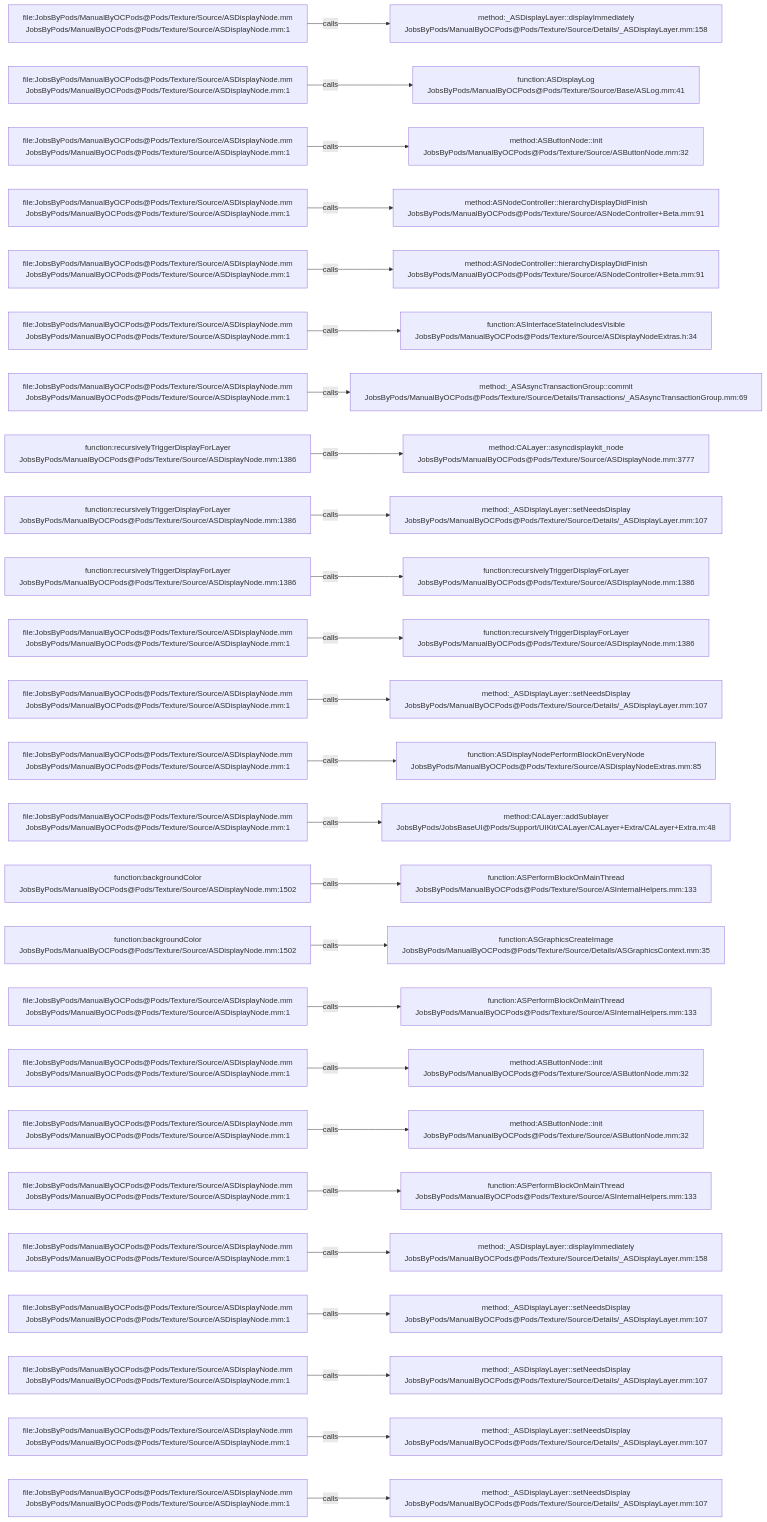
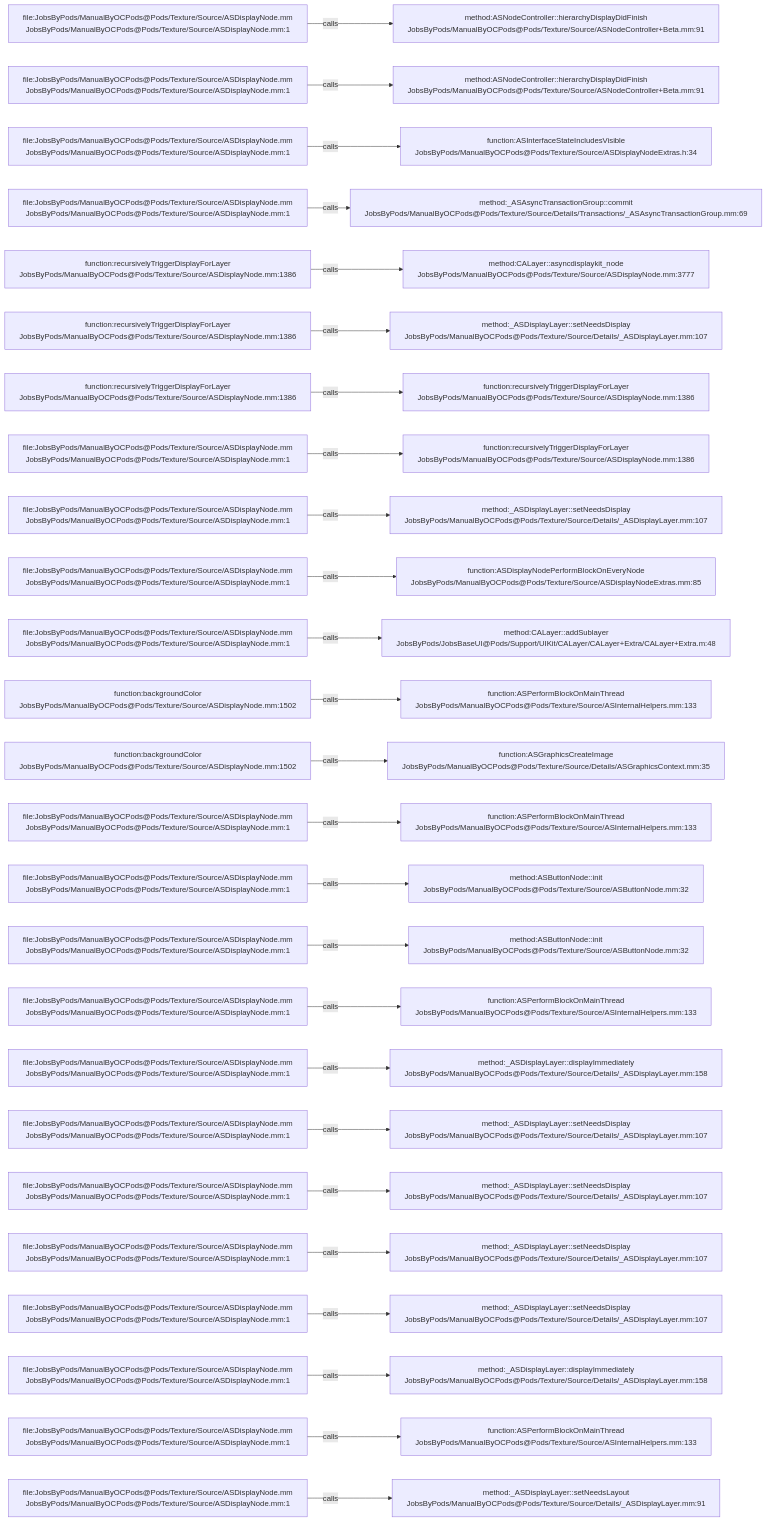
One commit to JobsKits/JobsOCBaseConfigDemo changed the diagram in .codegraph/codegraph.md/graphs/calls-101.md. Above: the diagram before and after it, drawn with Mermaid. The commit also changed 342 other files, not shown here.

````diff
--- a/.codegraph/codegraph.md/graphs/calls-101.md
+++ b/.codegraph/codegraph.md/graphs/calls-101.md
@@ -13,78 +13,78 @@
 ```mermaid
 flowchart LR
   S1["file:JobsByPods/ManualByOCPods@Pods/Texture/Source/ASDisplayNode.mm<br/>JobsByPods/ManualByOCPods@Pods/Texture/Source/ASDisplayNode.mm:1"]
-  T1["method:_ASDisplayLayer::displayImmediately<br/>JobsByPods/ManualByOCPods@Pods/Texture/Source/Details/_ASDisplayLayer.mm:158"]
+  T1["method:ASNodeController::hierarchyDisplayDidFinish<br/>JobsByPods/ManualByOCPods@Pods/Texture/Source/ASNodeController+Beta.mm:91"]
   S1 -->|calls| T1
   S2["file:JobsByPods/ManualByOCPods@Pods/Texture/Source/ASDisplayNode.mm<br/>JobsByPods/ManualByOCPods@Pods/Texture/Source/ASDisplayNode.mm:1"]
-  T2["function:ASDisplayLog<br/>JobsByPods/ManualByOCPods@Pods/Texture/Source/Base/ASLog.mm:41"]
+  T2["method:ASNodeController::hierarchyDisplayDidFinish<br/>JobsByPods/ManualByOCPods@Pods/Texture/Source/ASNodeController+Beta.mm:91"]
   S2 -->|calls| T2
   S3["file:JobsByPods/ManualByOCPods@Pods/Texture/Source/ASDisplayNode.mm<br/>JobsByPods/ManualByOCPods@Pods/Texture/Source/ASDisplayNode.mm:1"]
-  T3["method:ASButtonNode::init<br/>JobsByPods/ManualByOCPods@Pods/Texture/Source/ASButtonNode.mm:32"]
+  T3["function:ASInterfaceStateIncludesVisible<br/>JobsByPods/ManualByOCPods@Pods/Texture/Source/ASDisplayNodeExtras.h:34"]
   S3 -->|calls| T3
   S4["file:JobsByPods/ManualByOCPods@Pods/Texture/Source/ASDisplayNode.mm<br/>JobsByPods/ManualByOCPods@Pods/Texture/Source/ASDisplayNode.mm:1"]
-  T4["method:ASNodeController::hierarchyDisplayDidFinish<br/>JobsByPods/ManualByOCPods@Pods/Texture/Source/ASNodeController+Beta.mm:91"]
+  T4["method:_ASAsyncTransactionGroup::commit<br/>JobsByPods/ManualByOCPods@Pods/Texture/Source/Details/Transactions/_ASAsyncTransactionGroup.mm:69"]
   S4 -->|calls| T4
-  S5["file:JobsByPods/ManualByOCPods@Pods/Texture/Source/ASDisplayNode.mm<br/>JobsByPods/ManualByOCPods@Pods/Texture/Source/ASDisplayNode.mm:1"]
-  T5["method:ASNodeController::hierarchyDisplayDidFinish<br/>JobsByPods/ManualByOCPods@Pods/Texture/Source/ASNodeController+Beta.mm:91"]
+  S5["function:recursivelyTriggerDisplayForLayer<br/>JobsByPods/ManualByOCPods@Pods/Texture/Source/ASDisplayNode.mm:1386"]
+  T5["method:CALayer::asyncdisplaykit_node<br/>JobsByPods/ManualByOCPods@Pods/Texture/Source/ASDisplayNode.mm:3777"]
   S5 -->|calls| T5
-  S6["file:JobsByPods/ManualByOCPods@Pods/Texture/Source/ASDisplayNode.mm<br/>JobsByPods/ManualByOCPods@Pods/Texture/Source/ASDisplayNode.mm:1"]
-  T6["function:ASInterfaceStateIncludesVisible<br/>JobsByPods/ManualByOCPods@Pods/Texture/Source/ASDisplayNodeExtras.h:34"]
+  S6["function:recursivelyTriggerDisplayForLayer<br/>JobsByPods/ManualByOCPods@Pods/Texture/Source/ASDisplayNode.mm:1386"]
+  T6["method:_ASDisplayLayer::setNeedsDisplay<br/>JobsByPods/ManualByOCPods@Pods/Texture/Source/Details/_ASDisplayLayer.mm:107"]
   S6 -->|calls| T6
-  S7["file:JobsByPods/ManualByOCPods@Pods/Texture/Source/ASDisplayNode.mm<br/>JobsByPods/ManualByOCPods@Pods/Texture/Source/ASDisplayNode.mm:1"]
-  T7["method:_ASAsyncTransactionGroup::commit<br/>JobsByPods/ManualByOCPods@Pods/Texture/Source/Details/Transactions/_ASAsyncTransactionGroup.mm:69"]
+  S7["function:recursivelyTriggerDisplayForLayer<br/>JobsByPods/ManualByOCPods@Pods/Texture/Source/ASDisplayNode.mm:1386"]
+  T7["function:recursivelyTriggerDisplayForLayer<br/>JobsByPods/ManualByOCPods@Pods/Texture/Source/ASDisplayNode.mm:1386"]
   S7 -->|calls| T7
-  S8["function:recursivelyTriggerDisplayForLayer<br/>JobsByPods/ManualByOCPods@Pods/Texture/Source/ASDisplayNode.mm:1386"]
-  T8["method:CALayer::asyncdisplaykit_node<br/>JobsByPods/ManualByOCPods@Pods/Texture/Source/ASDisplayNode.mm:3777"]
+  S8["file:JobsByPods/ManualByOCPods@Pods/Texture/Source/ASDisplayNode.mm<br/>JobsByPods/ManualByOCPods@Pods/Texture/Source/ASDisplayNode.mm:1"]
+  T8["function:recursivelyTriggerDisplayForLayer<br/>JobsByPods/ManualByOCPods@Pods/Texture/Source/ASDisplayNode.mm:1386"]
   S8 -->|calls| T8
-  S9["function:recursivelyTriggerDisplayForLayer<br/>JobsByPods/ManualByOCPods@Pods/Texture/Source/ASDisplayNode.mm:1386"]
+  S9["file:JobsByPods/ManualByOCPods@Pods/Texture/Source/ASDisplayNode.mm<br/>JobsByPods/ManualByOCPods@Pods/Texture/Source/ASDisplayNode.mm:1"]
   T9["method:_ASDisplayLayer::setNeedsDisplay<br/>JobsByPods/ManualByOCPods@Pods/Texture/Source/Details/_ASDisplayLayer.mm:107"]
   S9 -->|calls| T9
-  S10["function:recursivelyTriggerDisplayForLayer<br/>JobsByPods/ManualByOCPods@Pods/Texture/Source/ASDisplayNode.mm:1386"]
-  T10["function:recursivelyTriggerDisplayForLayer<br/>JobsByPods/ManualByOCPods@Pods/Texture/Source/ASDisplayNode.mm:1386"]
+  S10["file:JobsByPods/ManualByOCPods@Pods/Texture/Source/ASDisplayNode.mm<br/>JobsByPods/ManualByOCPods@Pods/Texture/Source/ASDisplayNode.mm:1"]
+  T10["function:ASDisplayNodePerformBlockOnEveryNode<br/>JobsByPods/ManualByOCPods@Pods/Texture/Source/ASDisplayNodeExtras.mm:85"]
   S10 -->|calls| T10
   S11["file:JobsByPods/ManualByOCPods@Pods/Texture/Source/ASDisplayNode.mm<br/>JobsByPods/ManualByOCPods@Pods/Texture/Source/ASDisplayNode.mm:1"]
-  T11["function:recursivelyTriggerDisplayForLayer<br/>JobsByPods/ManualByOCPods@Pods/Texture/Source/ASDisplayNode.mm:1386"]
+  T11["method:CALayer::addSublayer<br/>JobsByPods/JobsBaseUI@Pods/Support/UIKit/CALayer/CALayer+Extra/CALayer+Extra.m:48"]
   S11 -->|calls| T11
-  S12["file:JobsByPods/ManualByOCPods@Pods/Texture/Source/ASDisplayNode.mm<br/>JobsByPods/ManualByOCPods@Pods/Texture/Source/ASDisplayNode.mm:1"]
-  T12["method:_ASDisplayLayer::setNeedsDisplay<br/>JobsByPods/ManualByOCPods@Pods/Texture/Source/Details/_ASDisplayLayer.mm:107"]
+  S12["function:backgroundColor<br/>JobsByPods/ManualByOCPods@Pods/Texture/Source/ASDisplayNode.mm:1502"]
+  T12["function:ASPerformBlockOnMainThread<br/>JobsByPods/ManualByOCPods@Pods/Texture/Source/ASInternalHelpers.mm:133"]
   S12 -->|calls| T12
-  S13["file:JobsByPods/ManualByOCPods@Pods/Texture/Source/ASDisplayNode.mm<br/>JobsByPods/ManualByOCPods@Pods/Texture/Source/ASDisplayNode.mm:1"]
-  T13["function:ASDisplayNodePerformBlockOnEveryNode<br/>JobsByPods/ManualByOCPods@Pods/Texture/Source/ASDisplayNodeExtras.mm:85"]
+  S13["function:backgroundColor<br/>JobsByPods/ManualByOCPods@Pods/Texture/Source/ASDisplayNode.mm:1502"]
+  T13["function:ASGraphicsCreateImage<br/>JobsByPods/ManualByOCPods@Pods/Texture/Source/Details/ASGraphicsContext.mm:35"]
   S13 -->|calls| T13
   S14["file:JobsByPods/ManualByOCPods@Pods/Texture/Source/ASDisplayNode.mm<br/>JobsByPods/ManualByOCPods@Pods/Texture/Source/ASDisplayNode.mm:1"]
-  T14["method:CALayer::addSublayer<br/>JobsByPods/JobsBaseUI@Pods/Support/UIKit/CALayer/CALayer+Extra/CALayer+Extra.m:48"]
+  T14["function:ASPerformBlockOnMainThread<br/>JobsByPods/ManualByOCPods@Pods/Texture/Source/ASInternalHelpers.mm:133"]
   S14 -->|calls| T14
-  S15["function:backgroundColor<br/>JobsByPods/ManualByOCPods@Pods/Texture/Source/ASDisplayNode.mm:1502"]
-  T15["function:ASPerformBlockOnMainThread<br/>JobsByPods/ManualByOCPods@Pods/Texture/Source/ASInternalHelpers.mm:133"]
+  S15["file:JobsByPods/ManualByOCPods@Pods/Texture/Source/ASDisplayNode.mm<br/>JobsByPods/ManualByOCPods@Pods/Texture/Source/ASDisplayNode.mm:1"]
+  T15["method:ASButtonNode::init<br/>JobsByPods/ManualByOCPods@Pods/Texture/Source/ASButtonNode.mm:32"]
   S15 -->|calls| T15
-  S16["function:backgroundColor<br/>JobsByPods/ManualByOCPods@Pods/Texture/Source/ASDisplayNode.mm:1502"]
-  T16["function:ASGraphicsCreateImage<br/>JobsByPods/ManualByOCPods@Pods/Texture/Source/Details/ASGraphicsContext.mm:35"]
+  S16["file:JobsByPods/ManualByOCPods@Pods/Texture/Source/ASDisplayNode.mm<br/>JobsByPods/ManualByOCPods@Pods/Texture/Source/ASDisplayNode.mm:1"]
+  T16["method:ASButtonNode::init<br/>JobsByPods/ManualByOCPods@Pods/Texture/Source/ASButtonNode.mm:32"]
   S16 -->|calls| T16
   S17["file:JobsByPods/ManualByOCPods@Pods/Texture/Source/ASDisplayNode.mm<br/>JobsByPods/ManualByOCPods@Pods/Texture/Source/ASDisplayNode.mm:1"]
   T17["function:ASPerformBlockOnMainThread<br/>JobsByPods/ManualByOCPods@Pods/Texture/Source/ASInternalHelpers.mm:133"]
   S17 -->|calls| T17
   S18["file:JobsByPods/ManualByOCPods@Pods/Texture/Source/ASDisplayNode.mm<br/>JobsByPods/ManualByOCPods@Pods/Texture/Source/ASDisplayNode.mm:1"]
-  T18["method:ASButtonNode::init<br/>JobsByPods/ManualByOCPods@Pods/Texture/Source/ASButtonNode.mm:32"]
+  T18["method:_ASDisplayLayer::displayImmediately<br/>JobsByPods/ManualByOCPods@Pods/Texture/Source/Details/_ASDisplayLayer.mm:158"]
   S18 -->|calls| T18
   S19["file:JobsByPods/ManualByOCPods@Pods/Texture/Source/ASDisplayNode.mm<br/>JobsByPods/ManualByOCPods@Pods/Texture/Source/ASDisplayNode.mm:1"]
-  T19["method:ASButtonNode::init<br/>JobsByPods/ManualByOCPods@Pods/Texture/Source/ASButtonNode.mm:32"]
+  T19["method:_ASDisplayLayer::setNeedsDisplay<br/>JobsByPods/ManualByOCPods@Pods/Texture/Source/Details/_ASDisplayLayer.mm:107"]
   S19 -->|calls| T19
   S20["file:JobsByPods/ManualByOCPods@Pods/Texture/Source/ASDisplayNode.mm<br/>JobsByPods/ManualByOCPods@Pods/Texture/Source/ASDisplayNode.mm:1"]
-  T20["function:ASPerformBlockOnMainThread<br/>JobsByPods/ManualByOCPods@Pods/Texture/Source/ASInternalHelpers.mm:133"]
+  T20["method:_ASDisplayLayer::setNeedsDisplay<br/>JobsByPods/ManualByOCPods@Pods/Texture/Source/Details/_ASDisplayLayer.mm:107"]
   S20 -->|calls| T20
   S21["file:JobsByPods/ManualByOCPods@Pods/Texture/Source/ASDisplayNode.mm<br/>JobsByPods/ManualByOCPods@Pods/Texture/Source/ASDisplayNode.mm:1"]
-  T21["method:_ASDisplayLayer::displayImmediately<br/>JobsByPods/ManualByOCPods@Pods/Texture/Source/Details/_ASDisplayLayer.mm:158"]
+  T21["method:_ASDisplayLayer::setNeedsDisplay<br/>JobsByPods/ManualByOCPods@Pods/Texture/Source/Details/_ASDisplayLayer.mm:107"]
   S21 -->|calls| T21
   S22["file:JobsByPods/ManualByOCPods@Pods/Texture/Source/ASDisplayNode.mm<br/>JobsByPods/ManualByOCPods@Pods/Texture/Source/ASDisplayNode.mm:1"]
   T22["method:_ASDisplayLayer::setNeedsDisplay<br/>JobsByPods/ManualByOCPods@Pods/Texture/Source/Details/_ASDisplayLayer.mm:107"]
   S22 -->|calls| T22
   S23["file:JobsByPods/ManualByOCPods@Pods/Texture/Source/ASDisplayNode.mm<br/>JobsByPods/ManualByOCPods@Pods/Texture/Source/ASDisplayNode.mm:1"]
-  T23["method:_ASDisplayLayer::setNeedsDisplay<br/>JobsByPods/ManualByOCPods@Pods/Texture/Source/Details/_ASDisplayLayer.mm:107"]
+  T23["method:_ASDisplayLayer::displayImmediately<br/>JobsByPods/ManualByOCPods@Pods/Texture/Source/Details/_ASDisplayLayer.mm:158"]
   S23 -->|calls| T23
   S24["file:JobsByPods/ManualByOCPods@Pods/Texture/Source/ASDisplayNode.mm<br/>JobsByPods/ManualByOCPods@Pods/Texture/Source/ASDisplayNode.mm:1"]
-  T24["method:_ASDisplayLayer::setNeedsDisplay<br/>JobsByPods/ManualByOCPods@Pods/Texture/Source/Details/_ASDisplayLayer.mm:107"]
+  T24["function:ASPerformBlockOnMainThread<br/>JobsByPods/ManualByOCPods@Pods/Texture/Source/ASInternalHelpers.mm:133"]
   S24 -->|calls| T24
   S25["file:JobsByPods/ManualByOCPods@Pods/Texture/Source/ASDisplayNode.mm<br/>JobsByPods/ManualByOCPods@Pods/Texture/Source/ASDisplayNode.mm:1"]
-  T25["method:_ASDisplayLayer::setNeedsDisplay<br/>JobsByPods/ManualByOCPods@Pods/Texture/Source/Details/_ASDisplayLayer.mm:107"]
+  T25["method:_ASDisplayLayer::setNeedsLayout<br/>JobsByPods/ManualByOCPods@Pods/Texture/Source/Details/_ASDisplayLayer.mm:91"]
   S25 -->|calls| T25
 ```
````
